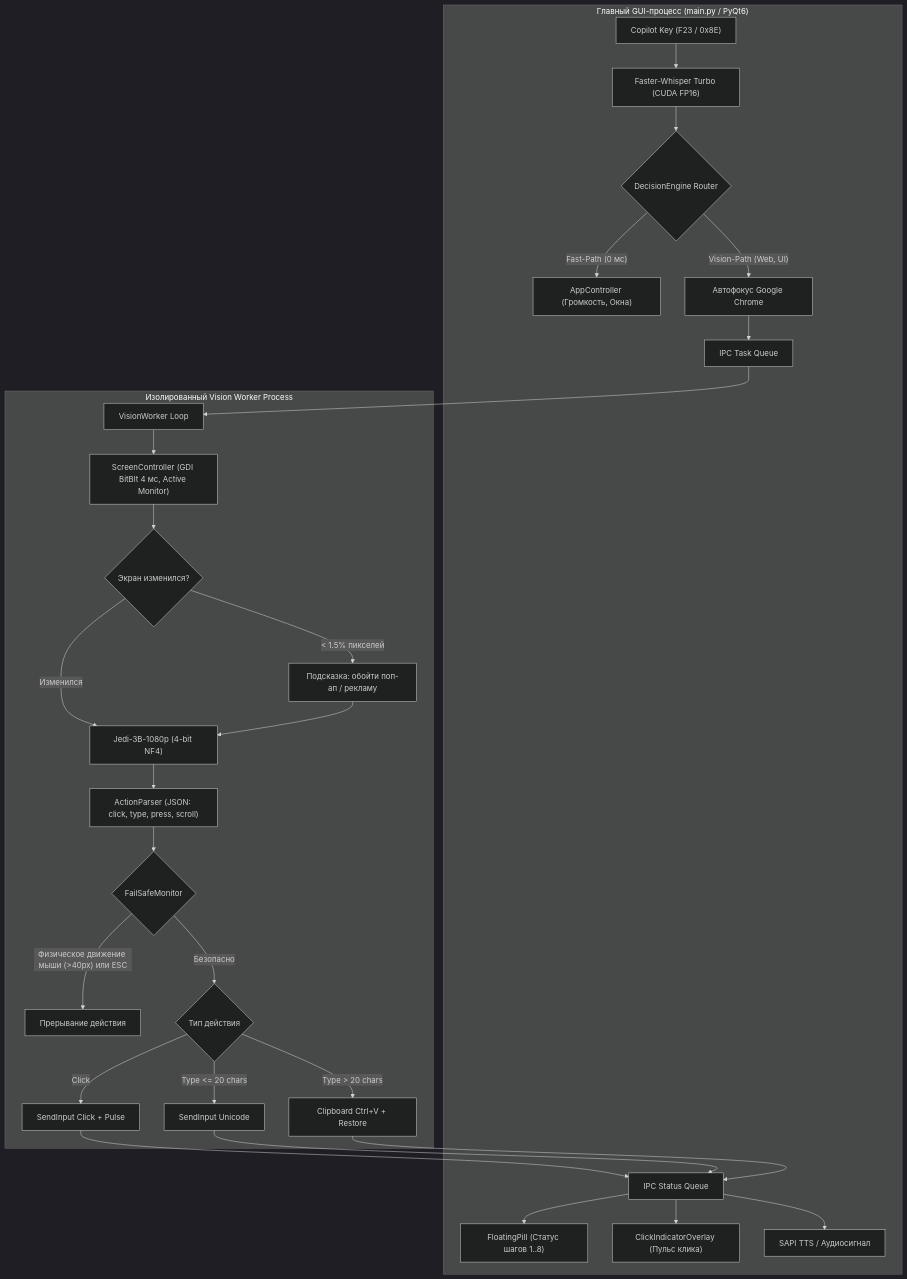
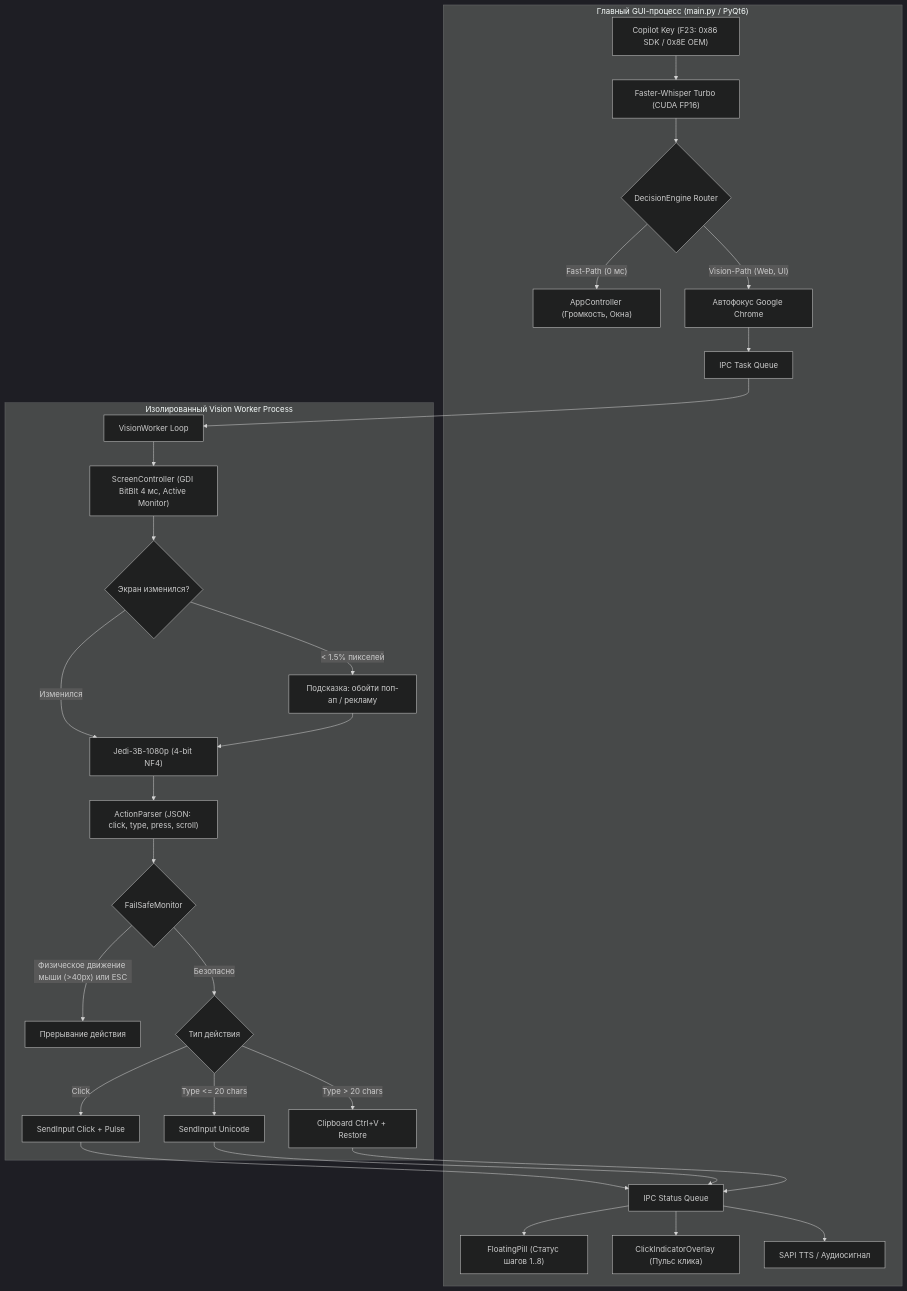
Before and after one commit to Gupkagrop/localAgent: the diagram in GEMINI.md, drawn with Mermaid (dark theme). The commit also changed other lines of this file and 15 other files, not shown here.

````diff
--- a/GEMINI.md
+++ b/GEMINI.md
@@ -56,32 +56,32 @@
 ```mermaid
 flowchart TD
     subgraph MainProcess ["Главный GUI-процесс (main.py / PyQt6)"]
-        Key["Copilot Key (F23 / 0x8E)"] --> STT["Faster-Whisper Turbo (CUDA FP16)"]
+        Key["Copilot Key (F23: 0x86 SDK / 0x8E OEM)"] --> STT["Faster-Whisper Turbo (CUDA FP16)"]
         STT --> Router{"DecisionEngine Router"}
         Router -- "Fast-Path (0 мс)" --> FastExec["AppController (Громкость, Окна)"]
         Router -- "Vision-Path (Web, UI)" --> PreFocus["Автофокус Google Chrome"]
         PreFocus --> QueueIn["IPC Task Queue"]
         QueueOut["IPC Status Queue"] --> Pill["FloatingPill (Статус шагов 1..8)"]
         QueueOut --> ClickMarker["ClickIndicatorOverlay (Пульс клика)"]
         QueueOut --> TTSOut["SAPI TTS / Аудиосигнал"]
     end
 
     subgraph WorkerProcess ["Изолированный Vision Worker Process"]
         QueueIn --> Worker["VisionWorker Loop"]
         Worker --> Screen["ScreenController (GDI BitBlt 4 мс, Active Monitor)"]
         Screen --> Diff{"Экран изменился?"}
         Diff -- "< 1.5% пикселей" --> RetryPrompt["Подсказка: обойти поп-ап / рекламу"]
         Diff -- "Изменился" --> VLM["Jedi-3B-1080p (4-bit NF4)"]
         RetryPrompt --> VLM
         VLM --> Parser["ActionParser (JSON: click, type, press, scroll)"]
         Parser --> Safety{"FailSafeMonitor"}
         Safety -- "Физическое движение мыши (>40px) или ESC" --> Abort["Прерывание действия"]
         Safety -- "Безопасно" --> ActionExec{"Тип действия"}
         ActionExec -- "Click" --> Win32Click["SendInput Click + Pulse"]
         ActionExec -- "Type <= 20 chars" --> Win32Type["SendInput Unicode"]
         ActionExec -- "Type > 20 chars" --> Win32Paste["Clipboard Ctrl+V + Restore"]
         Win32Click --> QueueOut
         Win32Type --> QueueOut
         Win32Paste --> QueueOut
     end
 ```
````
